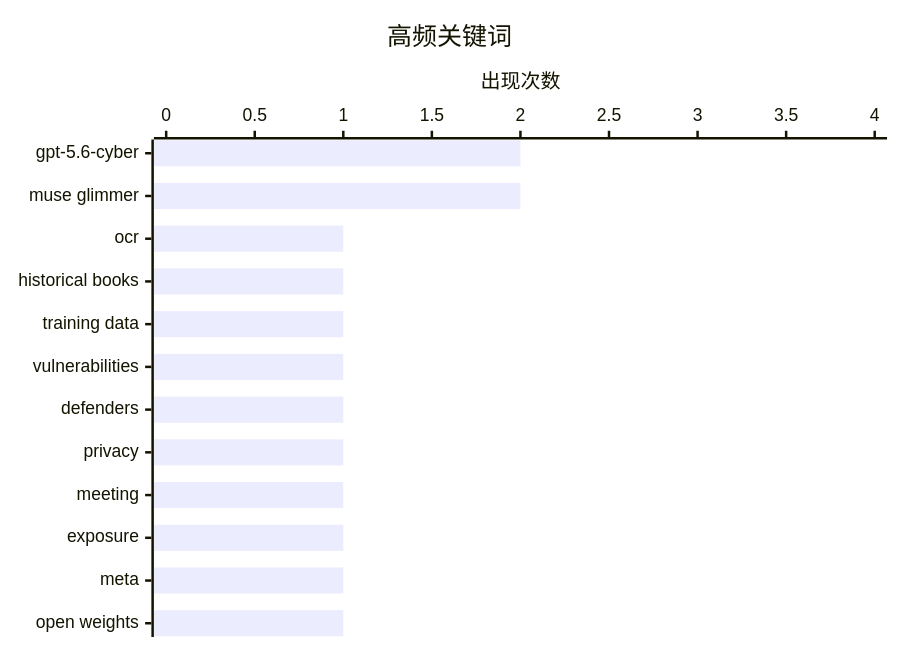
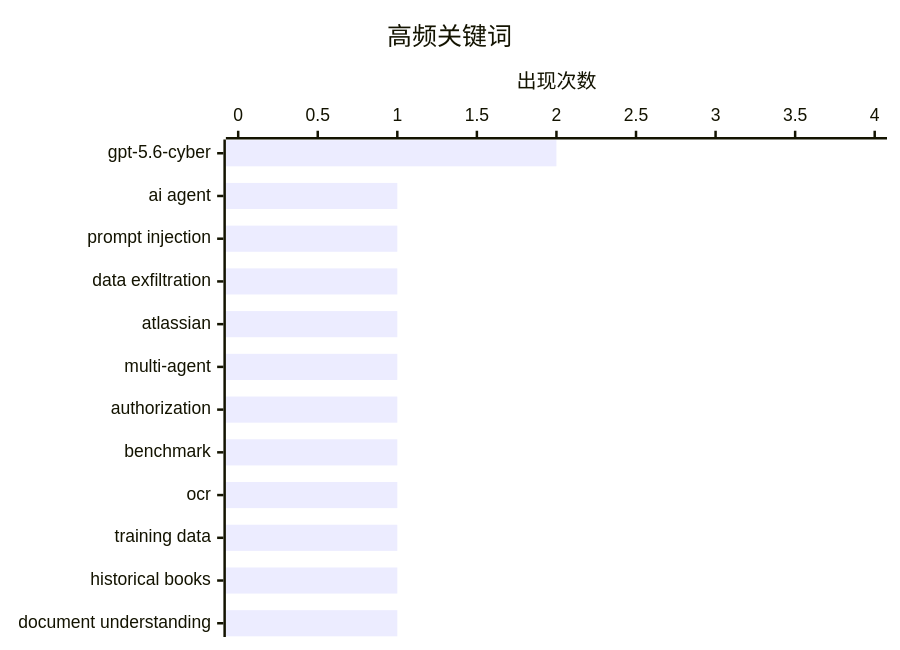
One commit to Halcyon-ccc/ai-daily-digest changed the second of 2 diagrams in digests/digest-20260811.md. Above: the diagram before and after it, drawn with Mermaid. The commit also changed other lines of this file, not shown here.

````diff
--- a/digests/digest-20260811.md
+++ b/digests/digest-20260811.md
@@ -366,7 +330,7 @@
 ```mermaid
 xychart-beta horizontal
     title "高频关键词"
-    x-axis ["gpt-5.6-cyber", "muse glimmer", "ocr", "historical books", "training data", "vulnerabilities", "defenders", "privacy", "meeting", "exposure", "meta", "open weights"]
+    x-axis ["gpt-5.6-cyber", "ai agent", "prompt injection", "data exfiltration", "atlassian", "multi-agent", "authorization", "benchmark", "ocr", "training data", "historical books", "document understanding"]
     y-axis "出现次数" 0 --> 4
-    bar [2, 2, 1, 1, 1, 1, 1, 1, 1, 1, 1, 1]
+    bar [2, 1, 1, 1, 1, 1, 1, 1, 1, 1, 1, 1]
 ```
````
